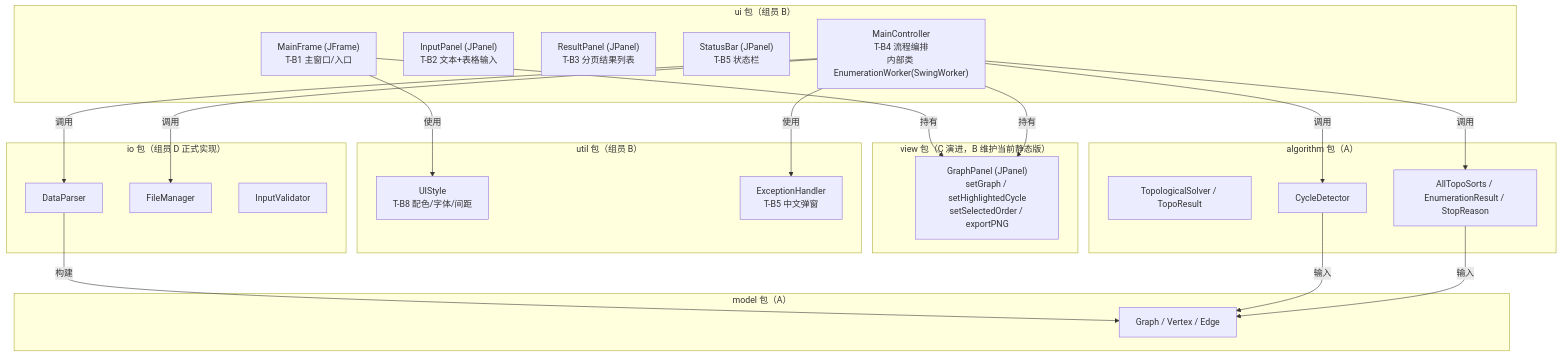
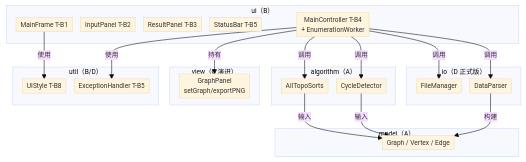
The fifth of 7 diagrams in docs/详细设计报告-GUI.md (yyj138/topological-sort), drawn with Mermaid before and after one commit. The commit also changed other lines of this file, not shown here.

Commit message:
【T-B】Mermaid图整体优化：init配置12px小字体+紧凑间距；节点文字缩短防截断；§2.3菜单去subgraph改横向；§3.3事件流改LR横向；§4.1类图节点精简；§8.1目录树精简

````diff
--- a/docs/详细设计报告-GUI.md
+++ b/docs/详细设计报告-GUI.md
@@ -235,47 +230,39 @@
 ```mermaid
+%%{init: {'theme':'base','themeVariables':{'fontSize':'12px'},'flowchart':{'nodeSpacing':15,'rankSpacing':25,'padding':4}}}%%
 flowchart TB
-    subgraph ui["ui 包（组员 B）"]
-        MF["MainFrame (JFrame)<br/>T-B1 主窗口/入口"]
-        IP["InputPanel (JPanel)<br/>T-B2 文本+表格输入"]
-        RP["ResultPanel (JPanel)<br/>T-B3 分页结果列表"]
-        SB["StatusBar (JPanel)<br/>T-B5 状态栏"]
-        MC["MainController<br/>T-B4 流程编排<br/>内部类 EnumerationWorker(SwingWorker)"]
+    subgraph ui["ui（B）"]
+        MF["MainFrame T-B1"]
+        IP["InputPanel T-B2"]
+        RP["ResultPanel T-B3"]
+        SB["StatusBar T-B5"]
+        MC["MainController T-B4<br/>+ EnumerationWorker"]
     end
-
-    subgraph view["view 包（C 演进，B 维护当前静态版）"]
-        GP["GraphPanel (JPanel)<br/>setGraph / setHighlightedCycle<br/>setSelectedOrder / exportPNG"]
+    subgraph view["view（C 演进）"]
+        GP["GraphPanel<br/>setGraph/exportPNG"]
     end
-
-    subgraph util["util 包（组员 B）"]
-        US["UIStyle<br/>T-B8 配色/字体/间距"]
-        EH["ExceptionHandler<br/>T-B5 中文弹窗"]
+    subgraph util["util（B/D）"]
+        US["UIStyle T-B8"]
+        EH["ExceptionHandler T-B5"]
     end
-
-    subgraph io["io 包（组员 D 正式实现）"]
+    subgraph io["io（D 正式版）"]
         DP["DataParser"]
         FM["FileManager"]
-        IV["InputValidator"]
     end
-
-    subgraph model["model 包（A）"]
+    subgraph model["model（A）"]
         G["Graph / Vertex / Edge"]
     end
-
-    subgraph algorithm["algorithm 包（A）"]
-        TS["TopologicalSolver / TopoResult"]
-        ATS["AllTopoSorts / EnumerationResult / StopReason"]
+    subgraph algorithm["algorithm（A）"]
         CD["CycleDetector"]
+        ATS["AllTopoSorts"]
     end
-
-    MF -->|持有| GP
-    MC -->|持有| GP
     MC -->|调用| DP
     MC -->|调用| FM
     MC -->|调用| CD
     MC -->|调用| ATS
+    MC -->|持有| GP
     MC -->|使用| EH
     MF -->|使用| US
     DP -->|构建| G
     CD -->|输入| G
     ATS -->|输入| G
 ```
````
